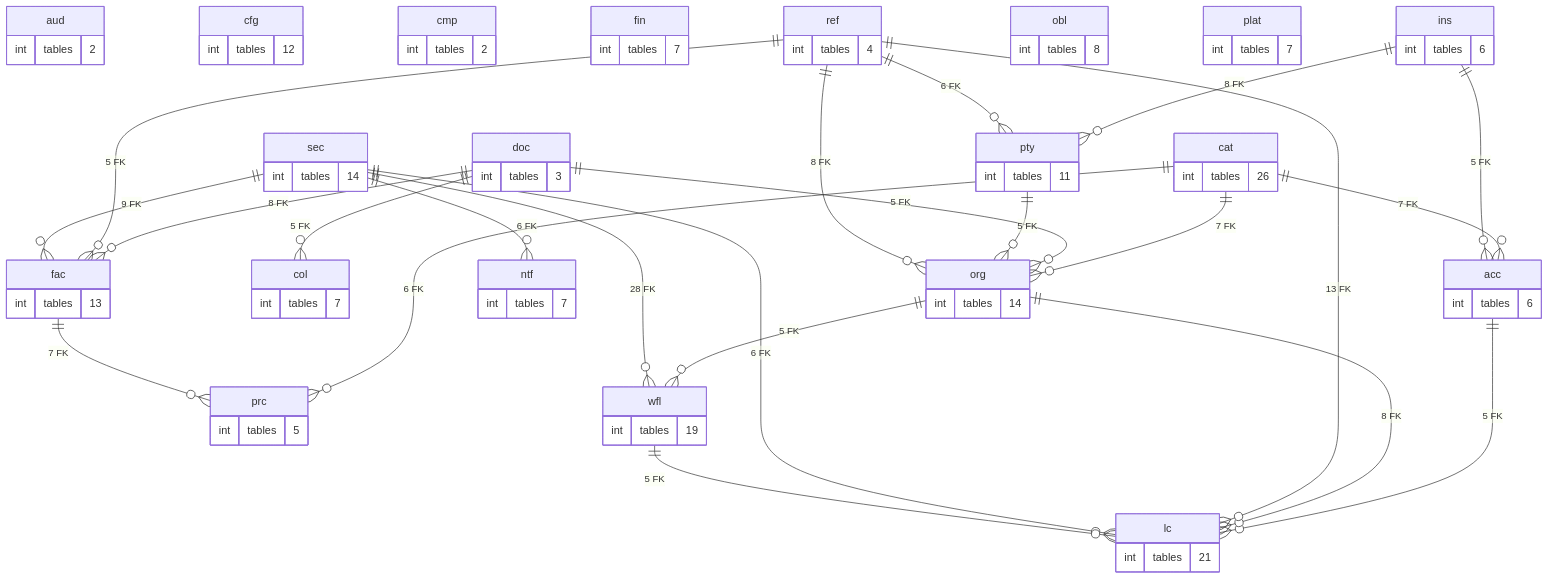
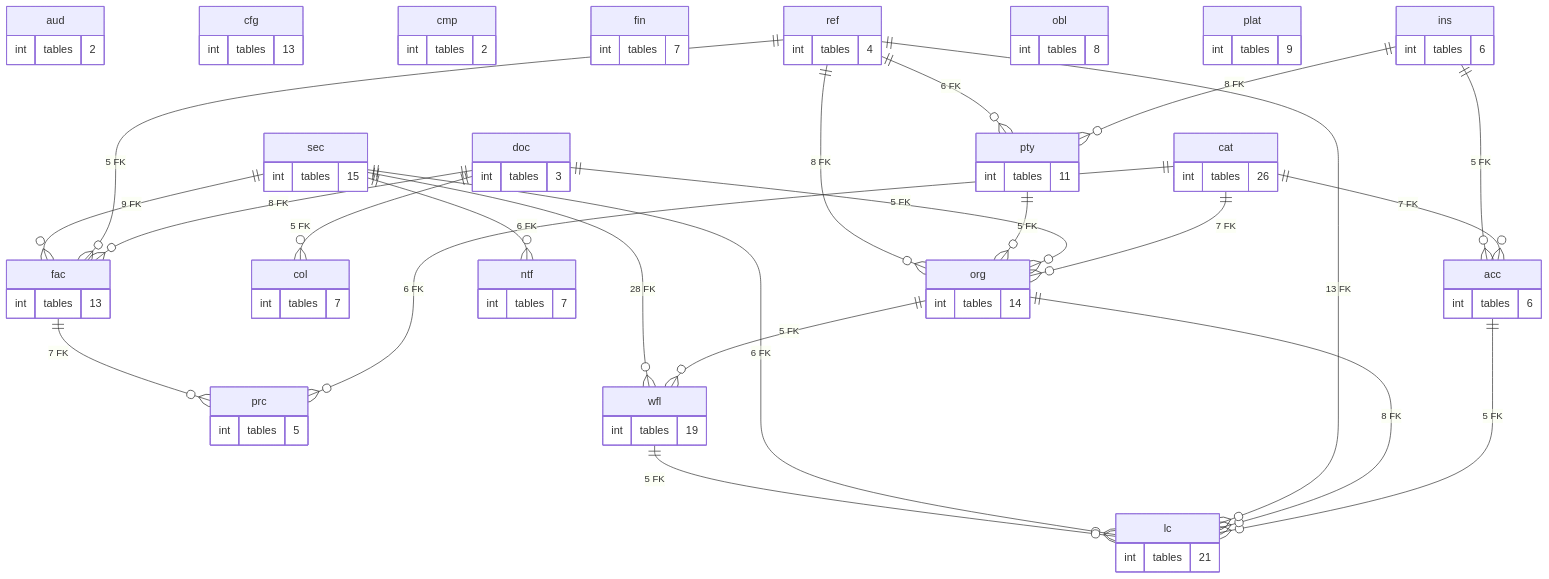
The diagram in treasury-platform/docs/diagrams/erd/schema_map.mmd (thawrasy/smartlines), drawn with Mermaid before and after one commit. The commit also changed 159 other files, not shown here.

```diff
--- a/treasury-platform/docs/diagrams/erd/schema_map.mmd
+++ b/treasury-platform/docs/diagrams/erd/schema_map.mmd
@@ -1,84 +1,84 @@
 %% خريطة المخططات: العلاقة = عدد المفاتيح الأجنبية بين المخططين (≥ 5)
 erDiagram
   acc {
     int tables "6"
   }
   aud {
     int tables "2"
   }
   cat {
     int tables "26"
   }
   cfg {
-    int tables "12"
+    int tables "13"
   }
   cmp {
     int tables "2"
   }
   col {
     int tables "7"
   }
   doc {
     int tables "3"
   }
   fac {
     int tables "13"
   }
   fin {
     int tables "7"
   }
   ins {
     int tables "6"
   }
   lc {
     int tables "21"
   }
   ntf {
     int tables "7"
   }
   obl {
     int tables "8"
   }
   org {
     int tables "14"
   }
   plat {
-    int tables "7"
+    int tables "9"
   }
   prc {
     int tables "5"
   }
   pty {
     int tables "11"
   }
   ref {
     int tables "4"
   }
   sec {
-    int tables "14"
+    int tables "15"
   }
   wfl {
     int tables "19"
   }
   acc ||--o{ lc : "5 FK"
   cat ||--o{ acc : "7 FK"
   cat ||--o{ org : "7 FK"
   cat ||--o{ prc : "6 FK"
   doc ||--o{ col : "5 FK"
   doc ||--o{ fac : "8 FK"
   doc ||--o{ org : "5 FK"
   fac ||--o{ prc : "7 FK"
   ins ||--o{ acc : "5 FK"
   ins ||--o{ pty : "8 FK"
   org ||--o{ lc : "8 FK"
   org ||--o{ wfl : "5 FK"
   pty ||--o{ org : "5 FK"
   ref ||--o{ fac : "5 FK"
   ref ||--o{ lc : "13 FK"
   ref ||--o{ org : "8 FK"
   ref ||--o{ pty : "6 FK"
   sec ||--o{ fac : "9 FK"
   sec ||--o{ lc : "6 FK"
   sec ||--o{ ntf : "6 FK"
   sec ||--o{ wfl : "28 FK"
   wfl ||--o{ lc : "5 FK"
```
